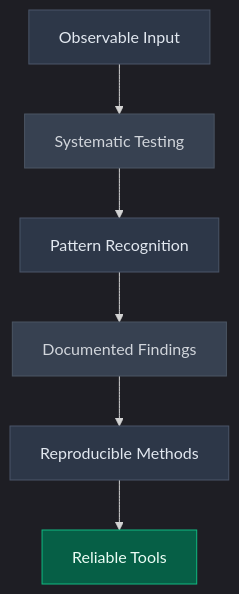
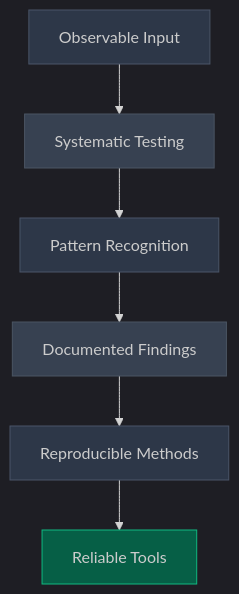
The first of 5 diagrams in README.md (Tim-Spurlin/Tim-Spurlin), drawn with Mermaid before and after one commit. The commit also changed other lines of this file, not shown here.

Commit message:
Fix Mermaid diagram rendering by removing unsupported color property

````diff
--- a/README.md
+++ b/README.md
@@ -65,16 +65,16 @@
 ```mermaid
 %%{init: {'theme':'dark'}}%%
 flowchart TD
     A[Observable Input] --> B[Systematic Testing]
     B --> C[Pattern Recognition]
     C --> D[Documented Findings]
     D --> E[Reproducible Methods]
     E --> F[Reliable Tools]
     
-    style A fill:#2D3748,stroke:#4A5568,color:#E2E8F0
-    style B fill:#374151,stroke:#4B5563,color:#D1D5DB
-    style C fill:#2D3748,stroke:#4A5568,color:#E2E8F0
-    style D fill:#374151,stroke:#4B5563,color:#D1D5DB
-    style E fill:#2D3748,stroke:#4A5568,color:#E2E8F0
-    style F fill:#065F46,stroke:#10B981,color:#ECFDF5
+    style A fill:#2D3748,stroke:#4A5568
+    style B fill:#374151,stroke:#4B5563
+    style C fill:#2D3748,stroke:#4A5568
+    style D fill:#374151,stroke:#4B5563
+    style E fill:#2D3748,stroke:#4A5568
+    style F fill:#065F46,stroke:#10B981
 ```
````
